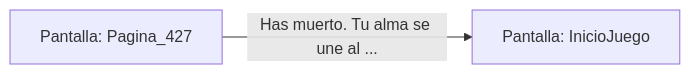
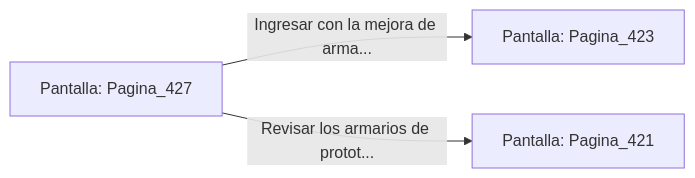
The diagram in sample/eligejuego-vault/Pantalla_Pagina_427.md (metsuke/mpl), drawn with Mermaid before and after one commit. The commit also changed other lines of this file and 635 other files, not shown here.

First line of the commit message:
fix: añadir Pagina_1 como pantalla inicial en capitulo_01.mpl

````diff
--- a/sample/eligejuego-vault/Pantalla_Pagina_427.md
+++ b/sample/eligejuego-vault/Pantalla_Pagina_427.md
@@ -17,5 +24,6 @@
 ```mermaid
 graph LR
     P_Pagina_427["Pantalla: Pagina_427"]
-    P_Pagina_427 -->|"Has muerto. Tu alma se une al ..."| P_InicioJuego["Pantalla: InicioJuego"]
+    P_Pagina_427 -->|"Ingresar con la mejora de arma..."| P_Pagina_423["Pantalla: Pagina_423"]
+    P_Pagina_427 -->|"Revisar los armarios de protot..."| P_Pagina_421["Pantalla: Pagina_421"]
 ```
````
